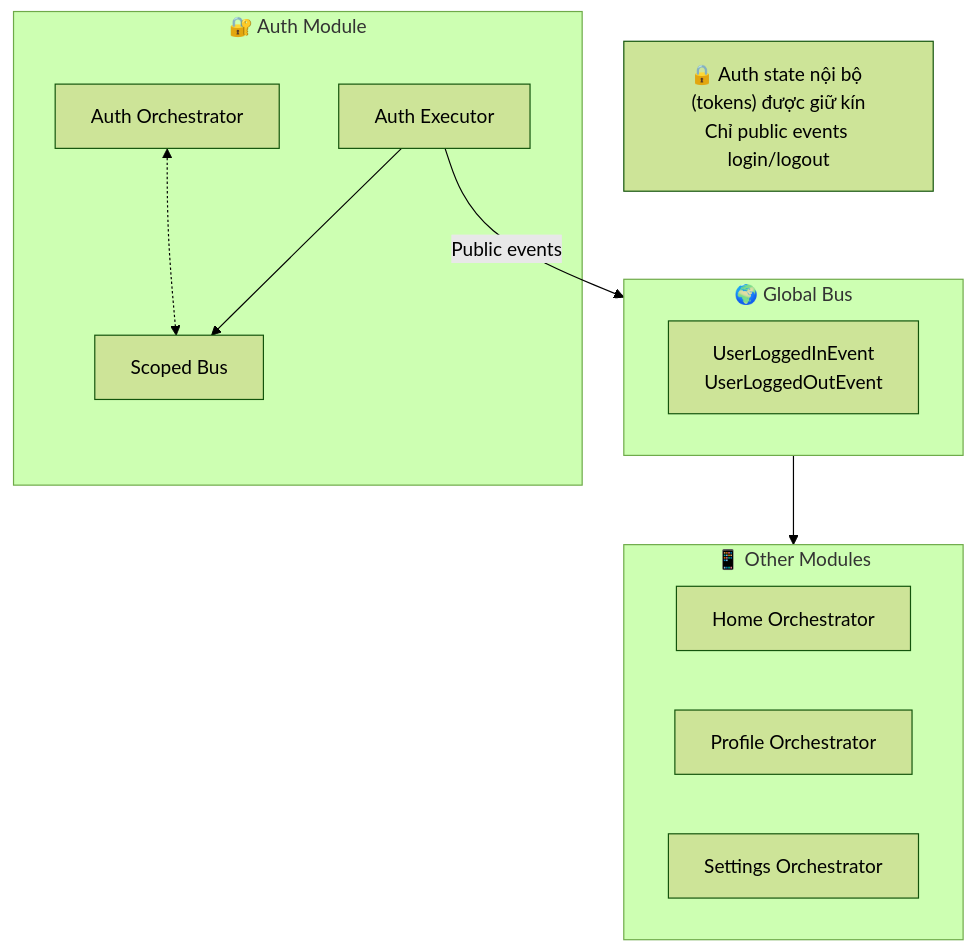
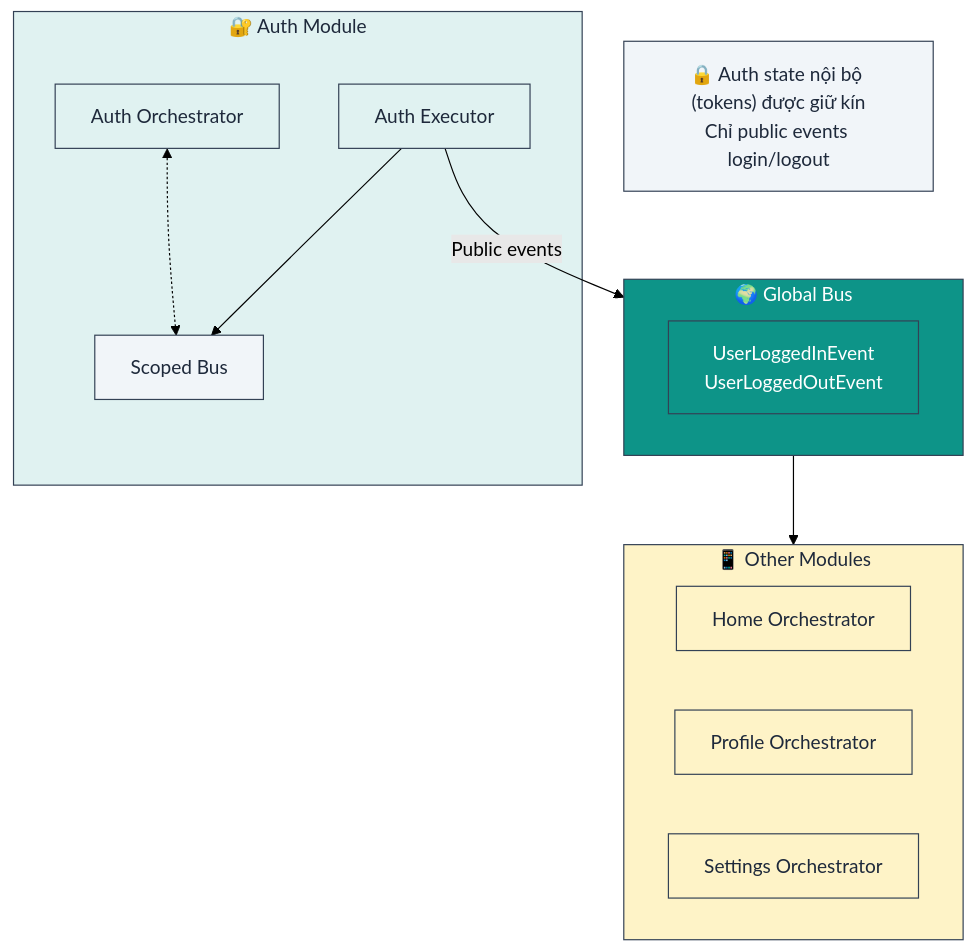
One commit to lploc94/flutter_orchestrator changed the tenth of 12 diagrams in book/vi/chapters/06_case_study.md. Above: the diagram before and after it, drawn with Mermaid (forest theme). The commit also changed other lines of this file and 4 other files, not shown here.

````diff
--- a/book/vi/chapters/06_case_study.md
+++ b/book/vi/chapters/06_case_study.md
@@ -273,26 +317,38 @@
 ```mermaid
 graph TB
     subgraph AuthModule["🔐 Auth Module"]
         AuthBus["Scoped Bus"]
         AuthOrch["Auth Orchestrator"]
         AuthExec["Auth Executor"]
         
         AuthOrch <-.-> AuthBus
         AuthExec --> AuthBus
     end
     
     subgraph OtherModules["📱 Other Modules"]
         Home["Home Orchestrator"]
         Profile["Profile Orchestrator"]
         Settings["Settings Orchestrator"]
     end
     
     subgraph GlobalBus["🌍 Global Bus"]
         Public["UserLoggedInEvent<br/>UserLoggedOutEvent"]
     end
     
     AuthExec -->|"Public events"| GlobalBus
     GlobalBus --> OtherModules
     
     Note["🔒 Auth state nội bộ (tokens) được giữ kín<br/>Chỉ public events login/logout"]
+    
+    style AuthModule fill:#e0f2f1,stroke:#334155,color:#1e293b
+    style OtherModules fill:#fef3c7,stroke:#334155,color:#1e293b
+    style GlobalBus fill:#0d9488,stroke:#334155,color:#ffffff
+    style AuthBus fill:#f1f5f9,stroke:#334155,color:#1e293b
+    style AuthOrch fill:#e0f2f1,stroke:#334155,color:#1e293b
+    style AuthExec fill:#e0f2f1,stroke:#334155,color:#1e293b
+    style Home fill:#fef3c7,stroke:#334155,color:#1e293b
+    style Profile fill:#fef3c7,stroke:#334155,color:#1e293b
+    style Settings fill:#fef3c7,stroke:#334155,color:#1e293b
+    style Public fill:#0d9488,stroke:#334155,color:#ffffff
+    style Note fill:#f1f5f9,stroke:#334155,color:#1e293b
 ```
````
